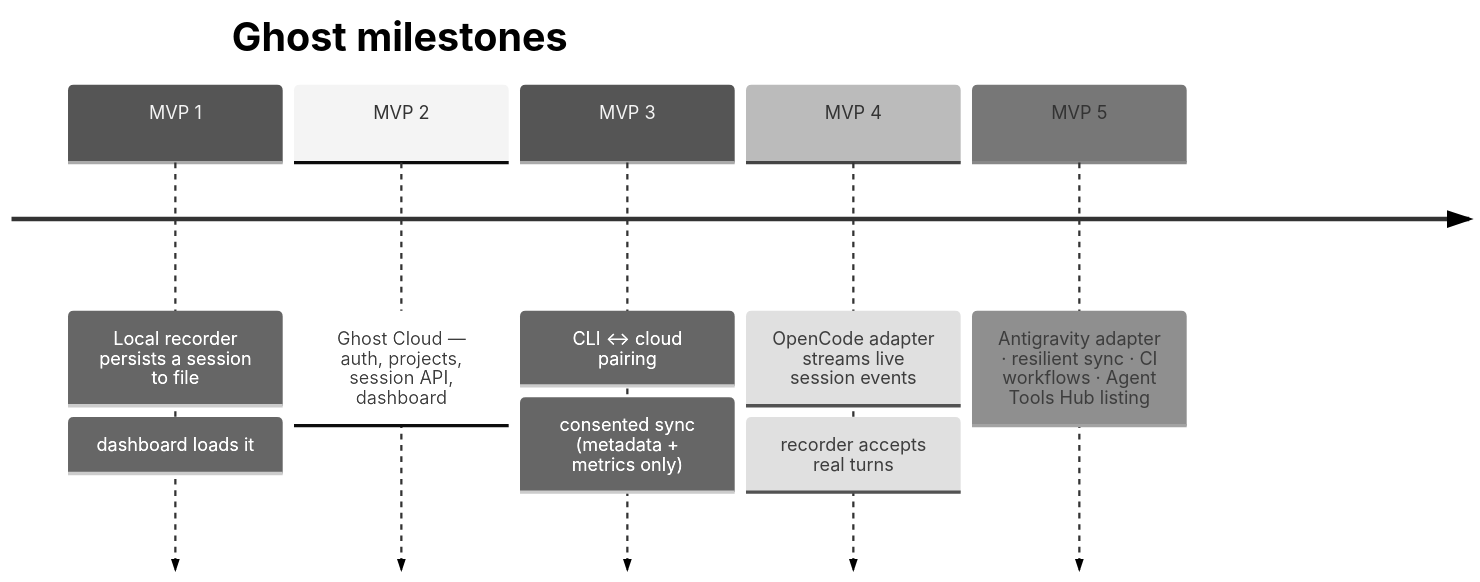
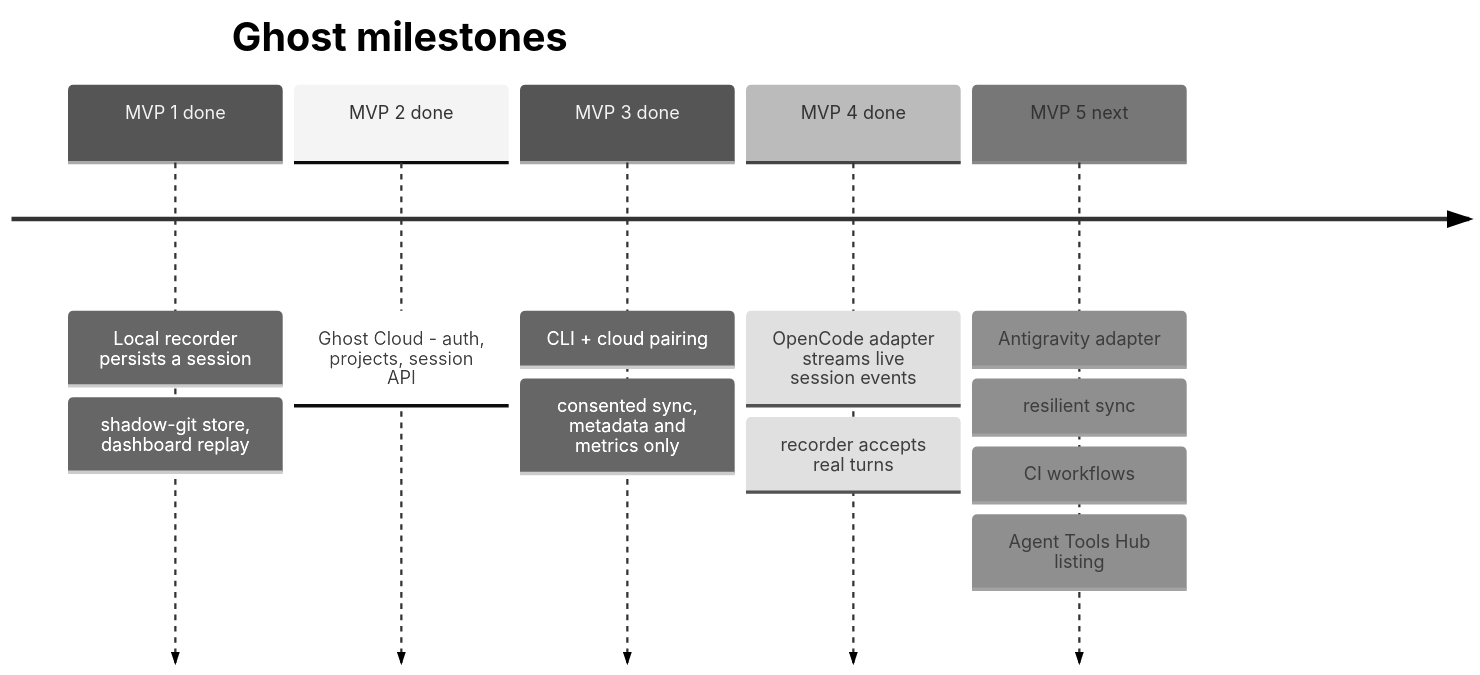
One commit to arko33/ghostinthecodebase changed the fourth of 4 diagrams in README.md. Above: the diagram before and after it, drawn with Mermaid (neutral theme). The commit also changed other lines of this file and 12 other files, not shown here.

Commit message:
docs: professional README (screenshots, live capture layer, full setup), polished landing docs section, TestSprite test-code exports, repo cleanup

````diff
--- a/README.md
+++ b/README.md
@@ -241,9 +252,9 @@
 ```mermaid
 timeline
     title Ghost milestones
-    MVP 1 : Local recorder persists a session to file : dashboard loads it
-    MVP 2 : Ghost Cloud — auth, projects, session API, dashboard
-    MVP 3 : CLI ↔ cloud pairing : consented sync (metadata + metrics only)
-    MVP 4 : OpenCode adapter streams live session events : recorder accepts real turns
-    MVP 5 : Antigravity adapter · resilient sync · CI workflows · Agent Tools Hub listing
+    MVP 1 done : Local recorder persists a session : shadow-git store, dashboard replay
+    MVP 2 done : Ghost Cloud - auth, projects, session API
+    MVP 3 done : CLI + cloud pairing : consented sync, metadata and metrics only
+    MVP 4 done : OpenCode adapter streams live session events : recorder accepts real turns
+    MVP 5 next : Antigravity adapter : resilient sync : CI workflows : Agent Tools Hub listing
 ```
````
